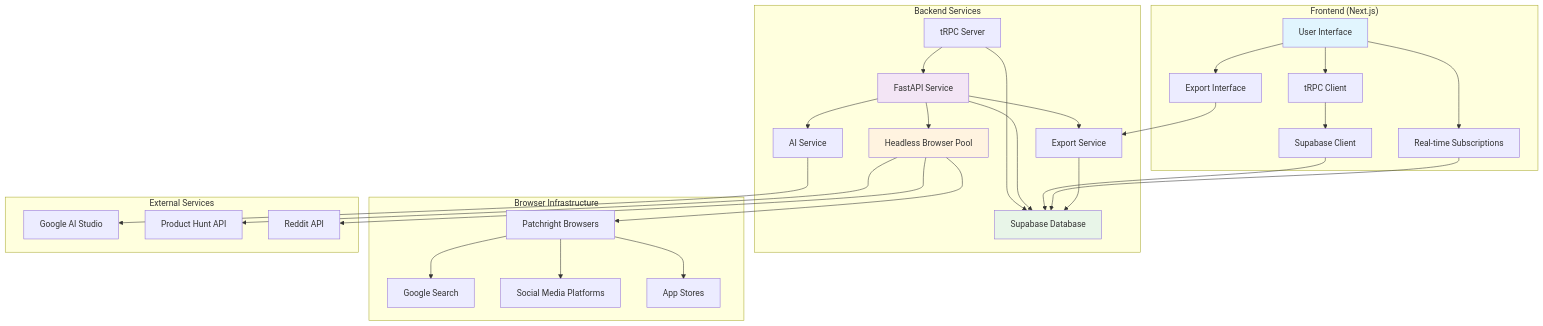
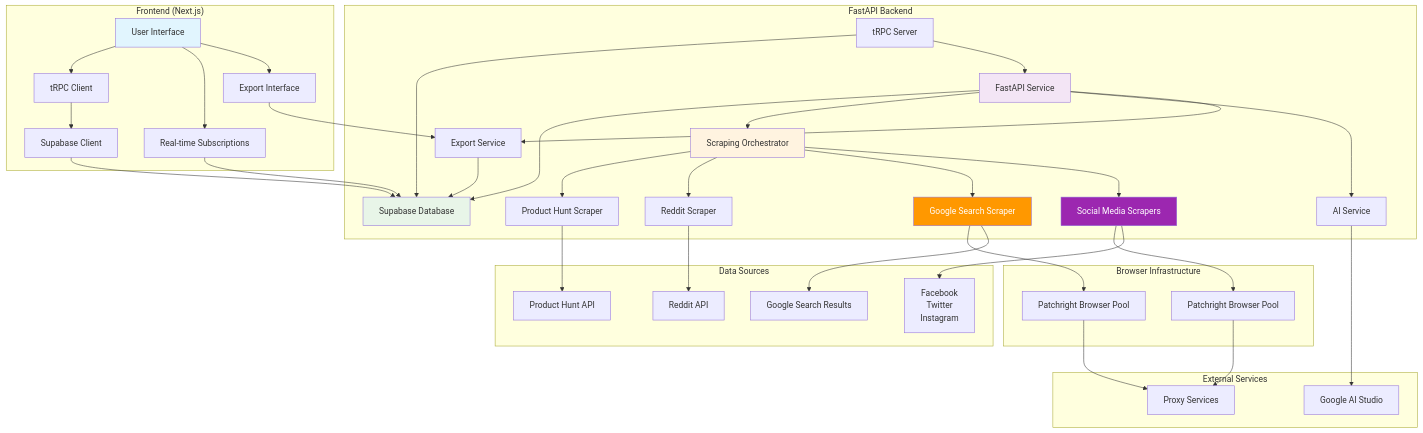
Before and after one commit to Criztiandev/LAUCNH-LEANS-AI: the diagram in .kiro/specs/realvalidator-ai-mvp/design.md, drawn with Mermaid. The commit also changed other lines of this file and 58 other files, not shown here.

First line of the commit message:
Refactor scraping architecture and enhance data extraction capabilities

````diff
--- a/.kiro/specs/realvalidator-ai-mvp/design.md
+++ b/.kiro/specs/realvalidator-ai-mvp/design.md
@@ -15,44 +15,52 @@
 ```mermaid
 graph TB
     subgraph "Frontend (Next.js)"
         A[User Interface] --> B[tRPC Client]
         B --> C[Supabase Client]
         A --> D[Real-time Subscriptions]
         A --> E[Export Interface]
     end
     
-    subgraph "Backend Services"
+    subgraph "FastAPI Backend"
         F[tRPC Server] --> G[Supabase Database]
         H[FastAPI Service] --> G
-        H --> I[Headless Browser Pool]
+        H --> I[Scraping Orchestrator]
         H --> J[AI Service]
         H --> K[Export Service]
+        I --> L[Product Hunt Scraper]
+        I --> M[Reddit Scraper]
+        I --> N[Google Search Scraper]
+        I --> O[Social Media Scrapers]
     end
     
     subgraph "Browser Infrastructure"
-        I --> L[Patchright Browsers]
-        L --> M[Google Search]
-        L --> N[Social Media Platforms]
-        L --> O[App Stores]
+        N --> P1[Patchright Browser Pool]
+        O --> P2[Patchright Browser Pool]
+    end
+    
+    subgraph "Data Sources"
+        L --> S1[Product Hunt API]
+        M --> S2[Reddit API]
+        N --> S3[Google Search Results]
+        O --> S4[Facebook<br/>Twitter<br/>Instagram]
     end
     
     subgraph "External Services"
-        P[Google AI Studio]
-        Q[Product Hunt API]
-        R[Reddit API]
+        J --> T[Google AI Studio]
+        P1 --> U[Proxy Services]
+        P2 --> U
     end
     
     C --> G
     D --> G
     F --> H
-    I --> Q
-    I --> R
-    J --> P
     K --> G
     E --> K
     
     style A fill:#e1f5fe
     style H fill:#f3e5f5
     style G fill:#e8f5e8
     style I fill:#fff3e0
+    style N fill:#ff9800,color:#ffffff
+    style O fill:#9c27b0,color:#ffffff
 ```
````
